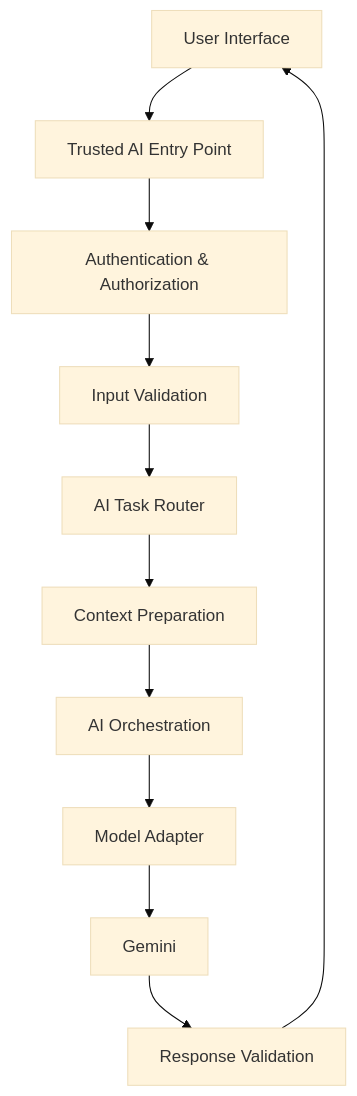
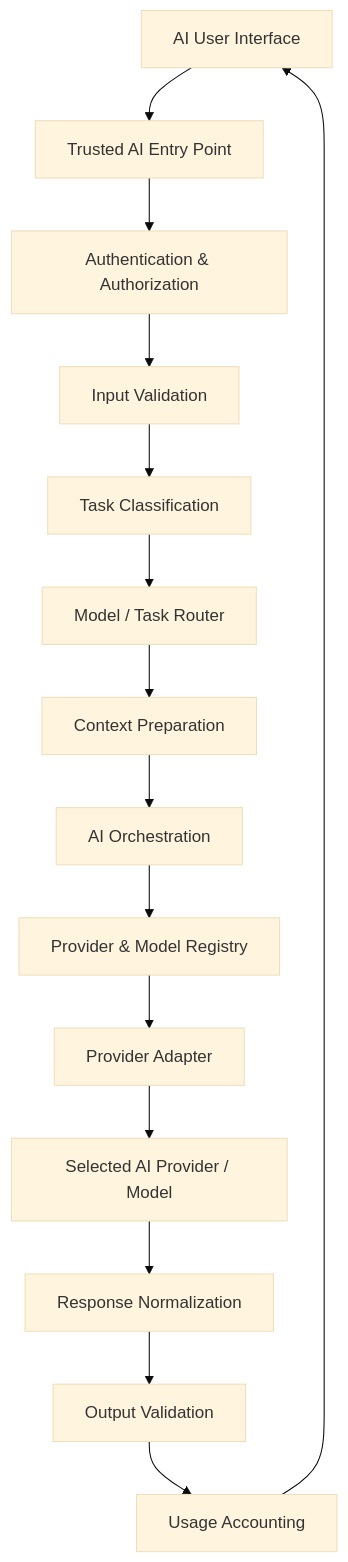
Before and after one commit to EvansAbraham/SyncSphere: the first of 2 diagrams in docs/AI_MODERNIZATION_ROADMAP.md, drawn with Mermaid (base theme). The commit also changed other lines of this file, not shown here.

Commit message:
docs(ai): update modernization roadmap to v0.2

````diff
--- a/docs/AI_MODERNIZATION_ROADMAP.md
+++ b/docs/AI_MODERNIZATION_ROADMAP.md
@@ -134,13 +210,17 @@
 ```mermaid
 flowchart TD
-    UI[User Interface] --> API[Trusted AI Entry Point]
-    API --> AUTH[Authentication & Authorization]
+    UI[AI User Interface] --> ENTRY[Trusted AI Entry Point]
+    ENTRY --> AUTH[Authentication & Authorization]
     AUTH --> VALID[Input Validation]
-    VALID --> ROUTER[AI Task Router]
+    VALID --> TASK[Task Classification]
+    TASK --> ROUTER[Model / Task Router]
     ROUTER --> CONTEXT[Context Preparation]
-    CONTEXT --> SERVICE[AI Orchestration]
-    SERVICE --> MODEL[Model Adapter]
-    MODEL --> PROVIDER[Gemini]
-    PROVIDER --> OUTPUT[Response Validation]
-    OUTPUT --> UI
+    CONTEXT --> ORCH[AI Orchestration]
+    ORCH --> REGISTRY[Provider & Model Registry]
+    REGISTRY --> ADAPTER[Provider Adapter]
+    ADAPTER --> PROVIDER[Selected AI Provider / Model]
+    PROVIDER --> NORMALIZE[Response Normalization]
+    NORMALIZE --> VALIDATE[Output Validation]
+    VALIDATE --> USAGE[Usage Accounting]
+    USAGE --> UI
 ```
````
